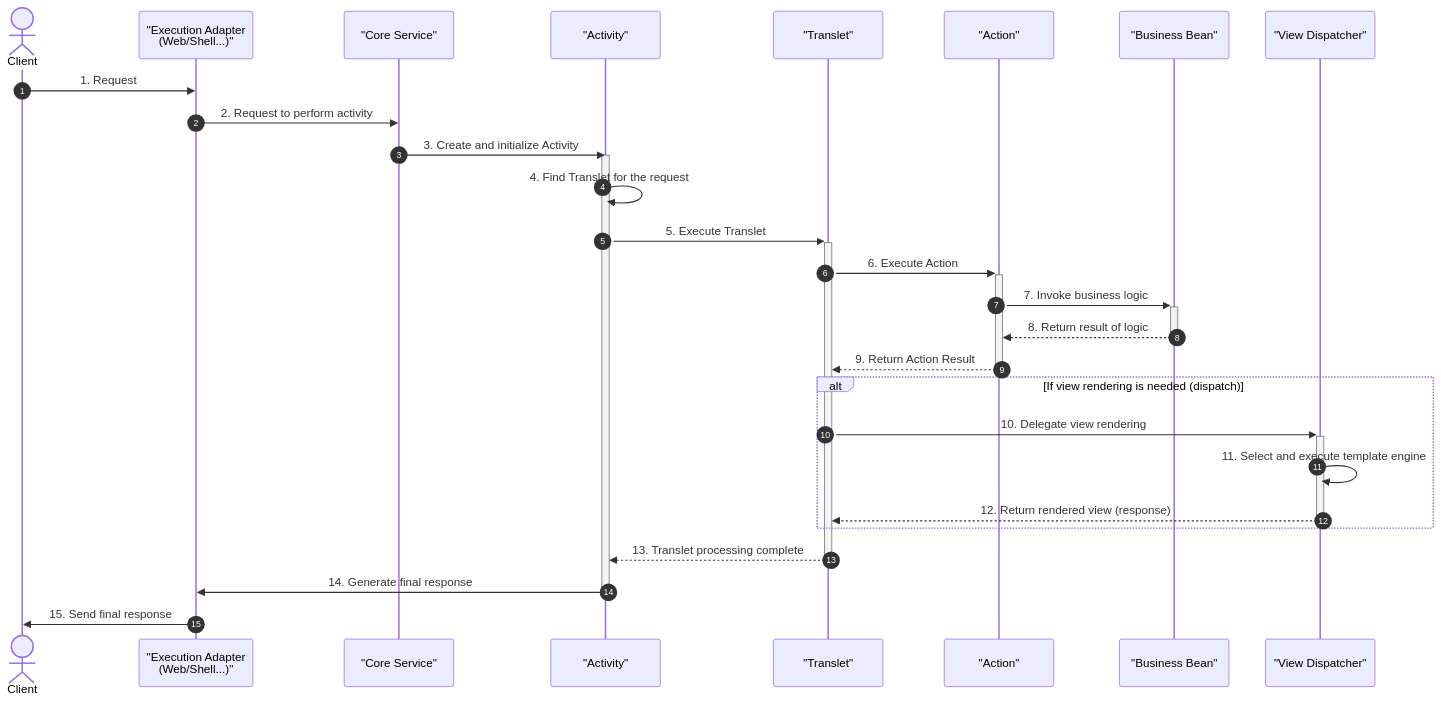
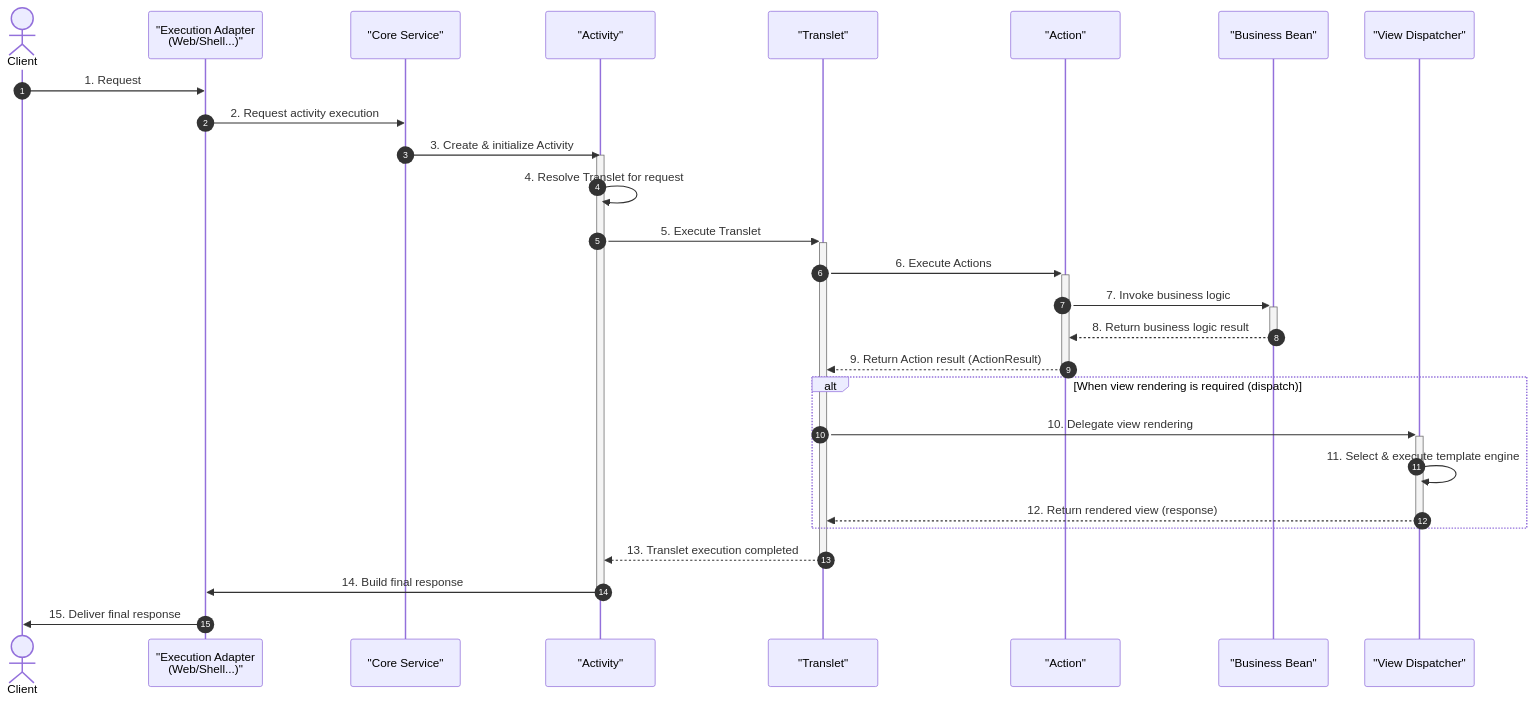
The seventh of 9 diagrams in _pages/en/docs/guides/aspectran-architecture-diagrams.md (aspectran/aspectran.github.io), drawn with Mermaid before and after one commit. The commit also changed other lines of this file and 1 other file, not shown here.

````diff
--- a/_pages/en/docs/guides/aspectran-architecture-diagrams.md
+++ b/_pages/en/docs/guides/aspectran-architecture-diagrams.md
@@ -438,39 +454,39 @@
 ```mermaid
 sequenceDiagram
     autonumber
 
     actor Client
     participant Adapter as "Execution Adapter<br>(Web/Shell...)"
     participant CoreService as "Core Service"
     participant Activity as "Activity"
     participant Translet as "Translet"
     participant Action as "Action"
     participant Bean as "Business Bean"
     participant ViewDispatcher as "View Dispatcher"
 
     Client->>Adapter: 1. Request
-    Adapter->>CoreService: 2. Request to perform activity
-    CoreService->>Activity: 3. Create and initialize Activity
+    Adapter->>CoreService: 2. Request activity execution
+    CoreService->>Activity: 3. Create & initialize Activity
 
     activate Activity
-    Activity->>Activity: 4. Find Translet for the request
+    Activity->>Activity: 4. Resolve Translet for request
     Activity->>+Translet: 5. Execute Translet
 
-    Translet->>+Action: 6. Execute Action
+    Translet->>+Action: 6. Execute Actions
     Action->>+Bean: 7. Invoke business logic
-    Bean-->>-Action: 8. Return result of logic
-    Action-->>-Translet: 9. Return Action Result
+    Bean-->>-Action: 8. Return business logic result
+    Action-->>-Translet: 9. Return Action result (ActionResult)
 
-    alt If view rendering is needed (dispatch)
+    alt When view rendering is required (dispatch)
         Translet->>+ViewDispatcher: 10. Delegate view rendering
-        ViewDispatcher->>ViewDispatcher: 11. Select and execute template engine
+        ViewDispatcher->>ViewDispatcher: 11. Select & execute template engine
         ViewDispatcher-->>-Translet: 12. Return rendered view (response)
     end
 
-    Translet-->>-Activity: 13. Translet processing complete
+    Translet-->>-Activity: 13. Translet execution completed
 
-    Activity->>Adapter: 14. Generate final response
+    Activity->>Adapter: 14. Build final response
     deactivate Activity
 
-    Adapter->>Client: 15. Send final response
+    Adapter->>Client: 15. Deliver final response
 ```
````
